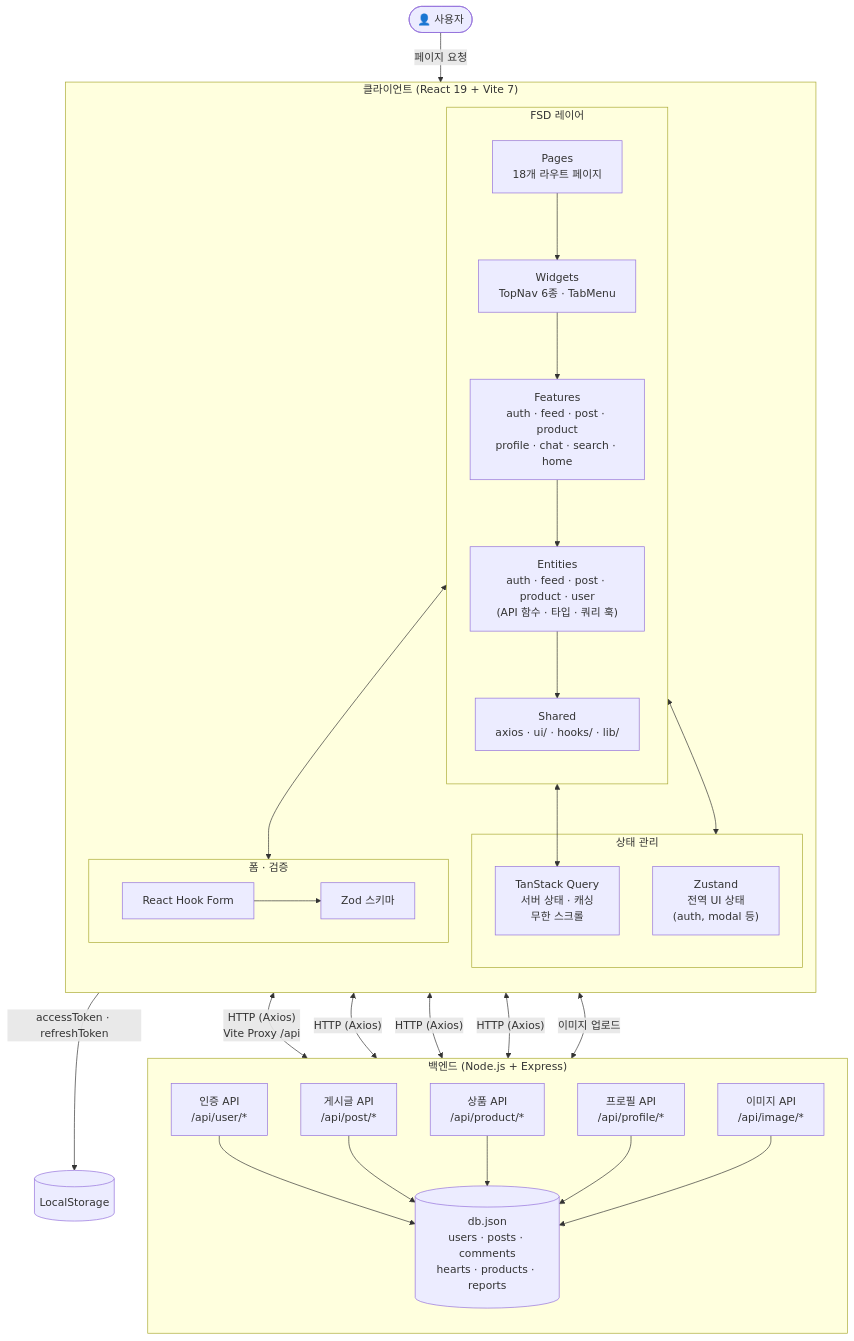
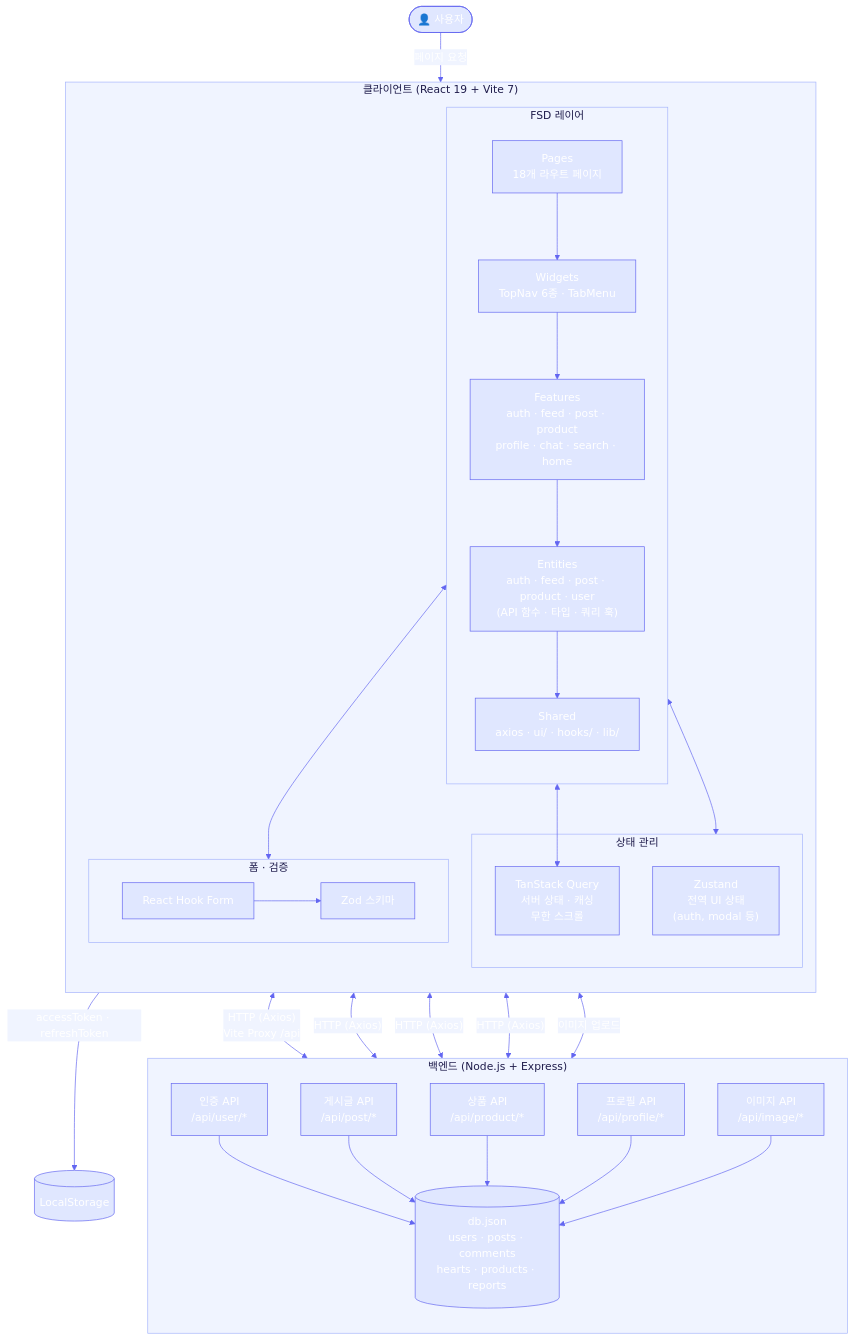
Before and after one commit to 3rd-project-team-1/ALYAC-market-team1: the second of 2 diagrams in README.md, drawn with Mermaid. The commit also changed other lines of this file, not shown here.

````diff
--- a/README.md
+++ b/README.md
@@ -309,54 +328,68 @@
 ```mermaid
+%%{init: { 'theme': 'base', 'themeVariables': {
+  'primaryColor': '#6366f1',
+  'primaryTextColor': '#ffffff',
+  'primaryBorderColor': '#4338ca',
+  'lineColor': '#6366f1',
+  'secondaryColor': '#e0e7ff',
+  'tertiaryColor': '#f5f3ff',
+  'mainBkg': '#e0e7ff',
+  'nodeBorder': '#6366f1',
+  'clusterBkg': '#f0f4ff',
+  'clusterBorder': '#a5b4fc',
+  'titleColor': '#1e1b4b',
+  'edgeLabelBackground': '#f0f4ff'
+} } }%%
 flowchart TD
     User([👤 사용자])
 
     subgraph Client["클라이언트 (React 19 + Vite 7)"]
         direction TB
 
         subgraph FSD["FSD 레이어"]
             direction TB
             Pages["Pages\n18개 라우트 페이지"]
             Widgets["Widgets\nTopNav 6종 · TabMenu"]
             Features["Features\nauth · feed · post · product\nprofile · chat · search · home"]
             Entities["Entities\nauth · feed · post · product · user\n(API 함수 · 타입 · 쿼리 훅)"]
             Shared["Shared\naxios · ui/ · hooks/ · lib/"]
 
             Pages --> Widgets --> Features --> Entities --> Shared
         end
 
         subgraph State["상태 관리"]
             Zustand["Zustand\n전역 UI 상태\n(auth, modal 등)"]
             ReactQuery["TanStack Query\n서버 상태 · 캐싱\n무한 스크롤"]
         end
 
         subgraph Form["폼 · 검증"]
             RHF["React Hook Form"]
             Zod["Zod 스키마"]
             RHF --> Zod
         end
 
         Features <--> State
         Entities <--> ReactQuery
         Features <--> Form
     end
 
     subgraph Server["백엔드 (Node.js + Express)"]
         direction TB
         AuthAPI["인증 API\n/api/user/*"]
         PostAPI["게시글 API\n/api/post/*"]
         ProductAPI["상품 API\n/api/product/*"]
         ProfileAPI["프로필 API\n/api/profile/*"]
         ImageAPI["이미지 API\n/api/image/*"]
         DB[("db.json\nusers · posts · comments\nhearts · products · reports")]
 
         AuthAPI & PostAPI & ProductAPI & ProfileAPI & ImageAPI --> DB
     end
 
     User -->|"페이지 요청"| Pages
     ReactQuery <-->|"HTTP (Axios)\nVite Proxy /api"| AuthAPI
     ReactQuery <-->|"HTTP (Axios)"| PostAPI
     ReactQuery <-->|"HTTP (Axios)"| ProductAPI
     ReactQuery <-->|"HTTP (Axios)"| ProfileAPI
     Shared <-->|"이미지 업로드"| ImageAPI
     Zustand -->|"accessToken · refreshToken"| LocalStorage[(LocalStorage)]
 ```
````
